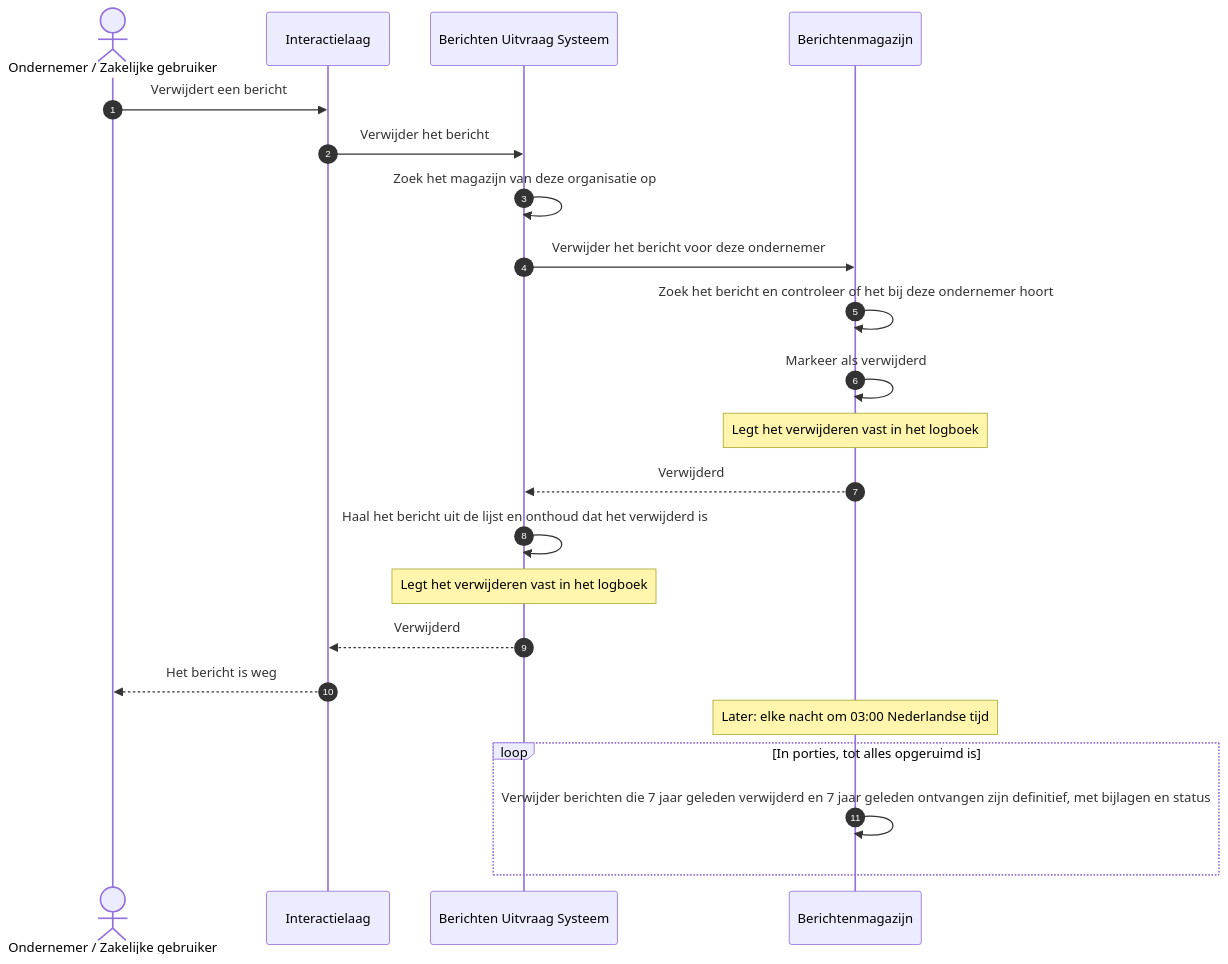
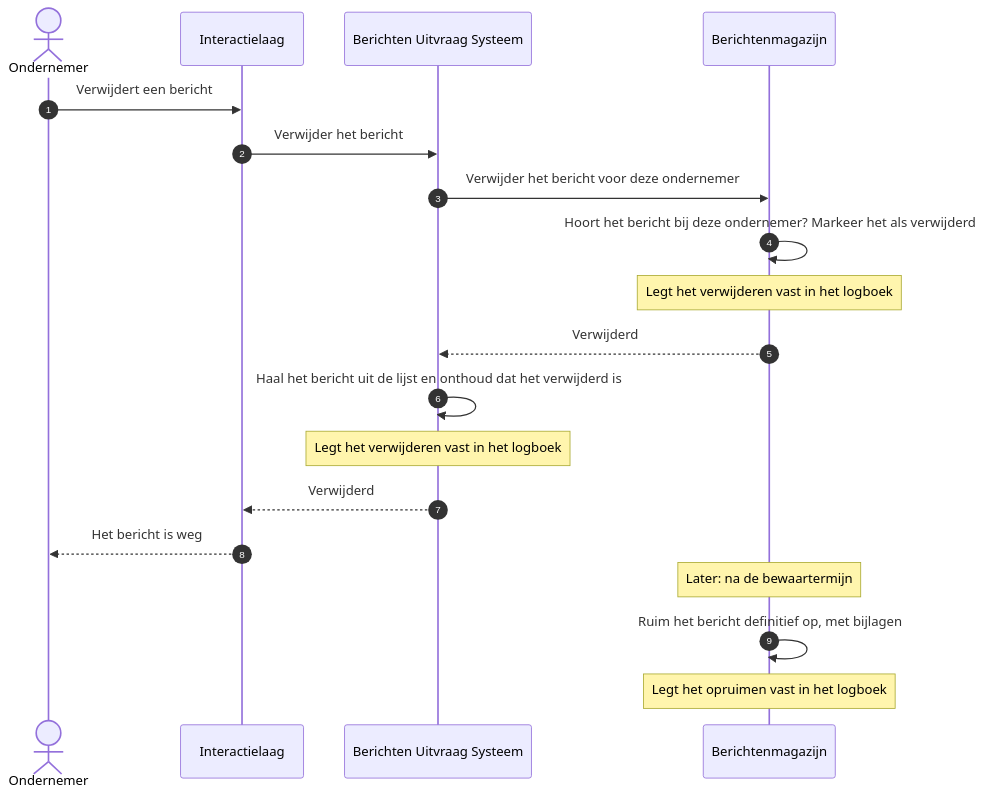
Before and after one commit to MinBZK/moza-poc-fbs-berichtenbox: the diagram in docs/architecture/workspace-docs/12-uc8-bericht-verwijderen.md, drawn with Mermaid. The commit also changed other lines of this file and 15 other files, not shown here.

First line of the commit message:
docs(architectuur): use cases als eindresultaat, beheersituaties als use case 9-11

````diff
--- a/docs/architecture/workspace-docs/12-uc8-bericht-verwijderen.md
+++ b/docs/architecture/workspace-docs/12-uc8-bericht-verwijderen.md
@@ -25,26 +25,23 @@
 ```mermaid
 sequenceDiagram
     autonumber
-    actor OND as Ondernemer / Zakelijke gebruiker
+    actor OND as Ondernemer
     participant IL as Interactielaag
     participant FBS as Berichten Uitvraag Systeem
     participant MAG as Berichtenmagazijn
 
     OND->>IL: Verwijdert een bericht
     IL->>FBS: Verwijder het bericht
-    FBS->>FBS: Zoek het magazijn van deze organisatie op
     FBS->>MAG: Verwijder het bericht voor deze ondernemer
-    MAG->>MAG: Zoek het bericht en controleer of het bij deze ondernemer hoort
-    MAG->>MAG: Markeer als verwijderd
+    MAG->>MAG: Hoort het bericht bij deze ondernemer? Markeer het als verwijderd
     Note over MAG: Legt het verwijderen vast in het logboek
     MAG-->>FBS: Verwijderd
     FBS->>FBS: Haal het bericht uit de lijst en onthoud dat het verwijderd is
     Note over FBS: Legt het verwijderen vast in het logboek
     FBS-->>IL: Verwijderd
     IL-->>OND: Het bericht is weg
 
-    Note over MAG: Later: elke nacht om 03:00 Nederlandse tijd
-    loop In porties, tot alles opgeruimd is
-        MAG->>MAG: Verwijder berichten die 7 jaar geleden verwijderd en 7 jaar geleden ontvangen zijn definitief, met bijlagen en status
-    end
+    Note over MAG: Later: na de bewaartermijn
+    MAG->>MAG: Ruim het bericht definitief op, met bijlagen
+    Note over MAG: Legt het opruimen vast in het logboek
 ```
````
